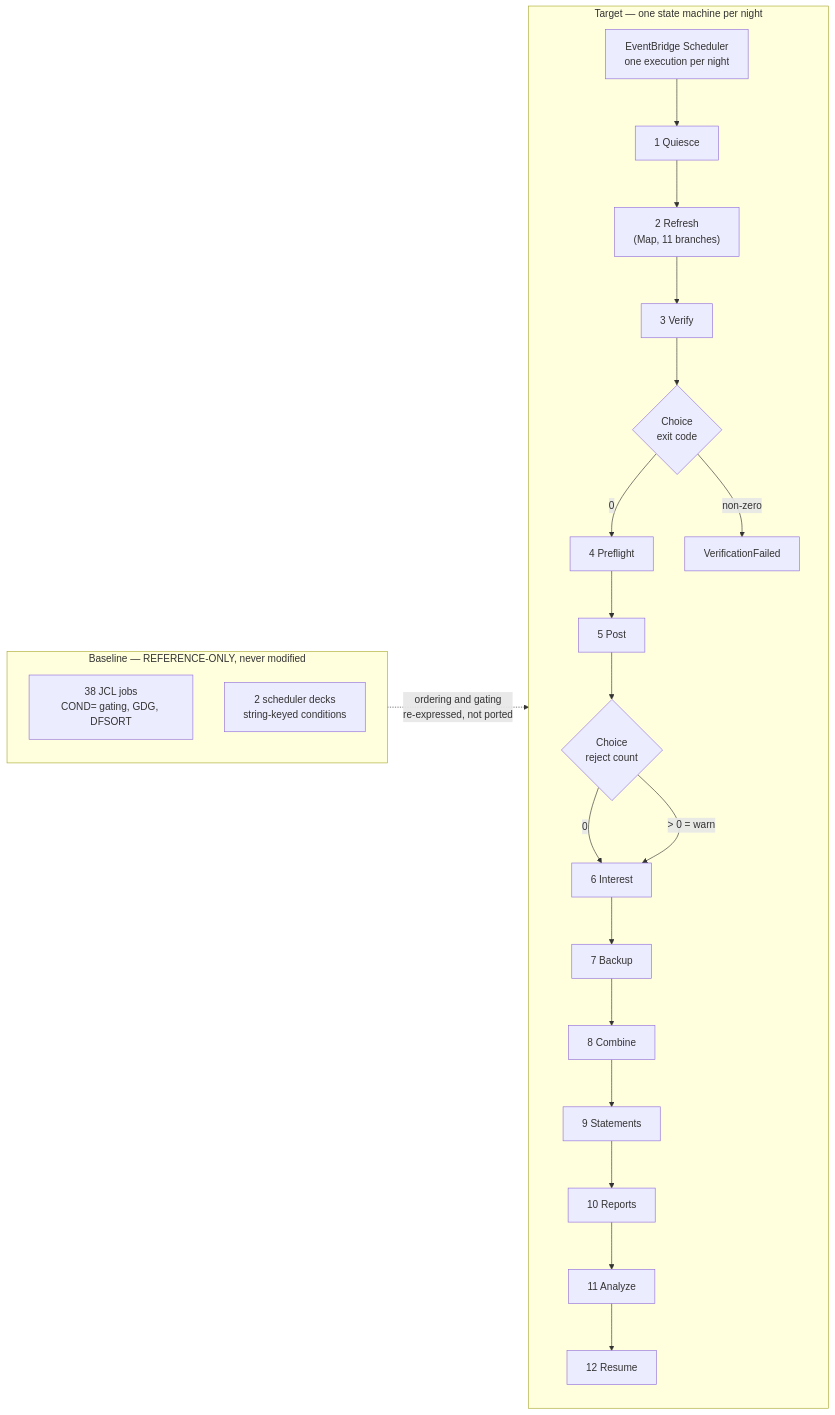
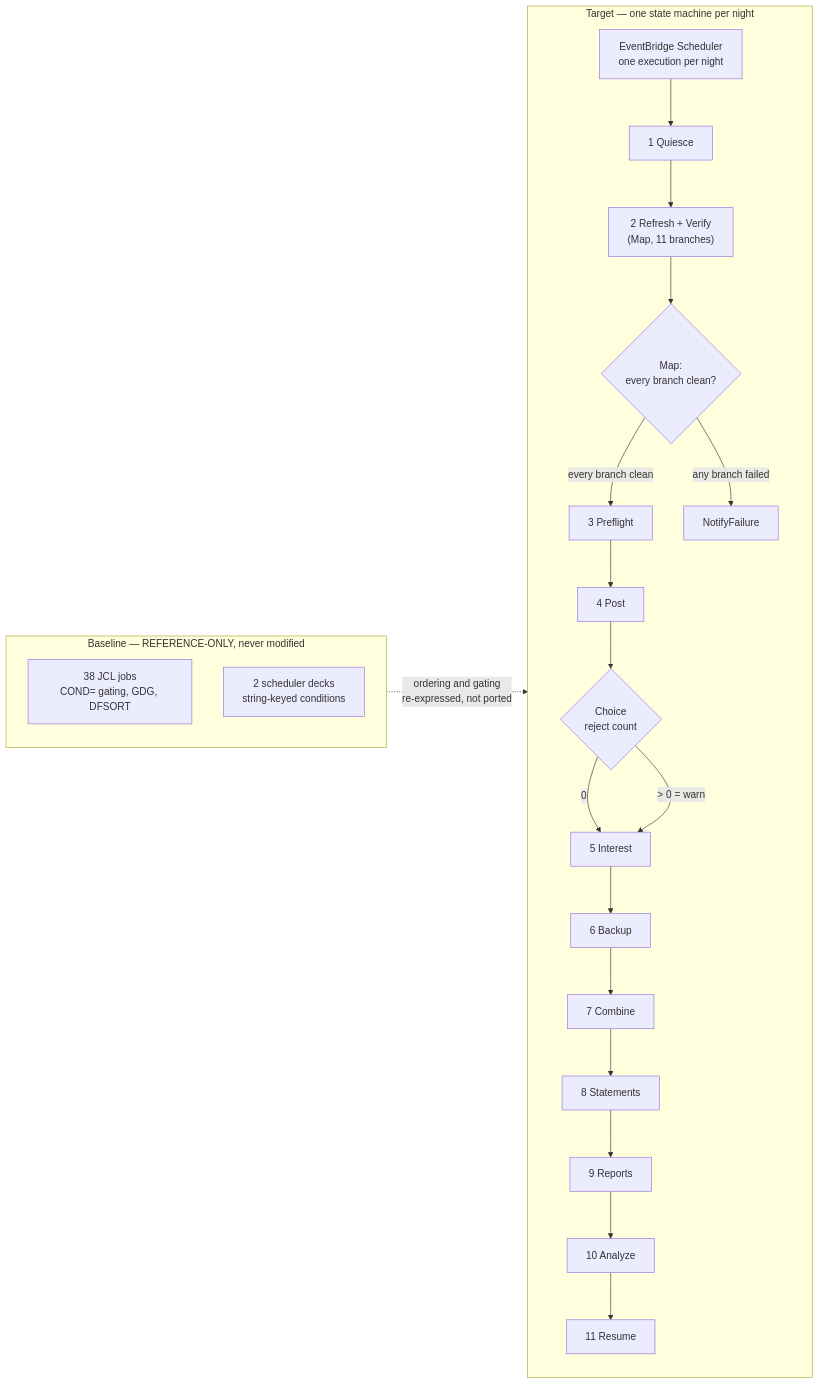
One commit to Blitzy-LocalStack/aws-mainframe-modernization-carddemo changed the diagram in docs/adr/ADR-005-batch-orchestration.md. Above: the diagram before and after it, drawn with Mermaid. The commit also changed other lines of this file and 544 other files, not shown here.

````diff
--- a/docs/adr/ADR-005-batch-orchestration.md
+++ b/docs/adr/ADR-005-batch-orchestration.md
@@ -256,24 +270,24 @@
 ```mermaid
 graph LR
     subgraph REF["Baseline — REFERENCE-ONLY, never modified"]
         J["38 JCL jobs<br/>COND= gating, GDG, DFSORT"]
         D["2 scheduler decks<br/>string-keyed conditions"]
     end
 
     subgraph TGT["Target — one state machine per night"]
         S["EventBridge Scheduler<br/>one execution per night"]
-        S --> Q1["1 Quiesce"] --> M["2 Refresh<br/>(Map, 11 branches)"] --> V3["3 Verify"]
-        V3 --> VC{"Choice<br/>exit code"}
-        VC -->|"0"| P4["4 Preflight"]
-        VC -->|"non-zero"| VF["VerificationFailed"]
-        P4 --> P5["5 Post"] --> C{"Choice<br/>reject count"}
-        C -->|"0"| I6["6 Interest"]
+        S --> Q1["1 Quiesce"] --> M["2 Refresh + Verify<br/>(Map, 11 branches)"]
+        M --> VC{"Map:<br/>every branch clean?"}
+        VC -->|"every branch clean"| P4["3 Preflight"]
+        VC -->|"any branch failed"| VF["NotifyFailure"]
+        P4 --> P5["4 Post"] --> C{"Choice<br/>reject count"}
+        C -->|"0"| I6["5 Interest"]
         C -->|"&gt; 0 = warn"| I6
-        I6 --> B7["7 Backup"] --> K8["8 Combine"] --> G9["9 Statements"]
-        G9 --> G10["10 Reports"] --> A11["11 Analyze"] --> R12["12 Resume"]
+        I6 --> B7["6 Backup"] --> K8["7 Combine"] --> G9["8 Statements"]
+        G9 --> G10["9 Reports"] --> A11["10 Analyze"] --> R12["11 Resume"]
     end
 
     REF -.->|"ordering and gating<br/>re-expressed, not ported"| TGT
 %% Every work state additionally carries TimeoutSeconds, Retry and Catch; the Catch
 %% edges are omitted here so the happy path stays legible.
 ```
````
